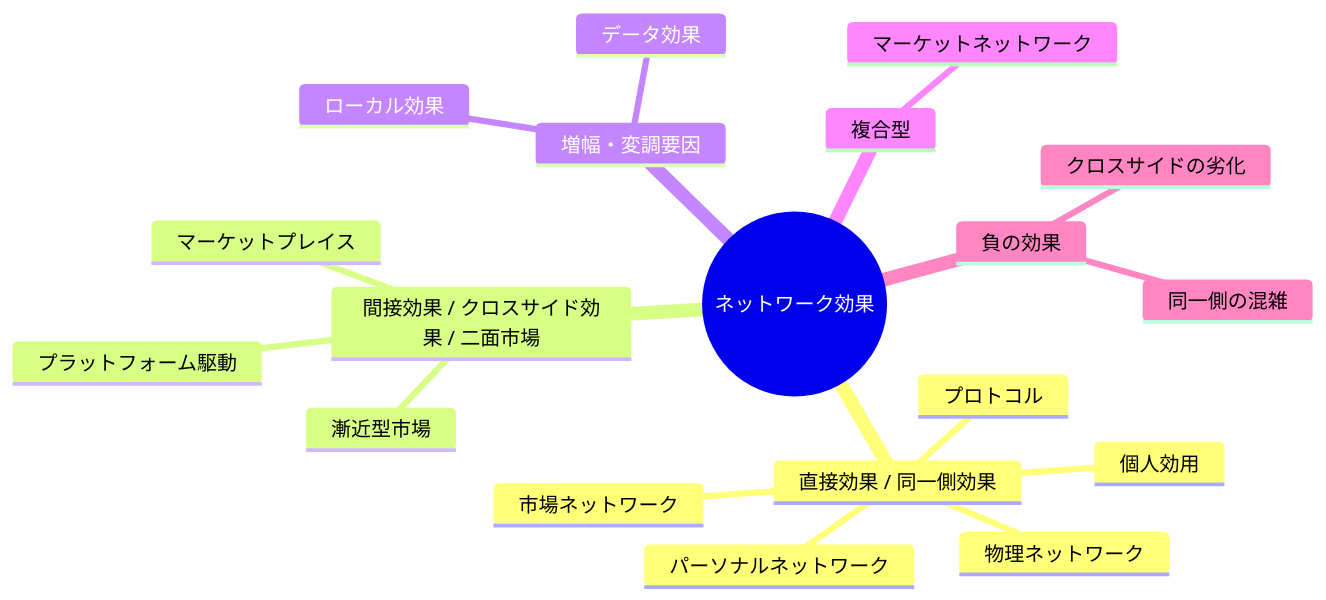
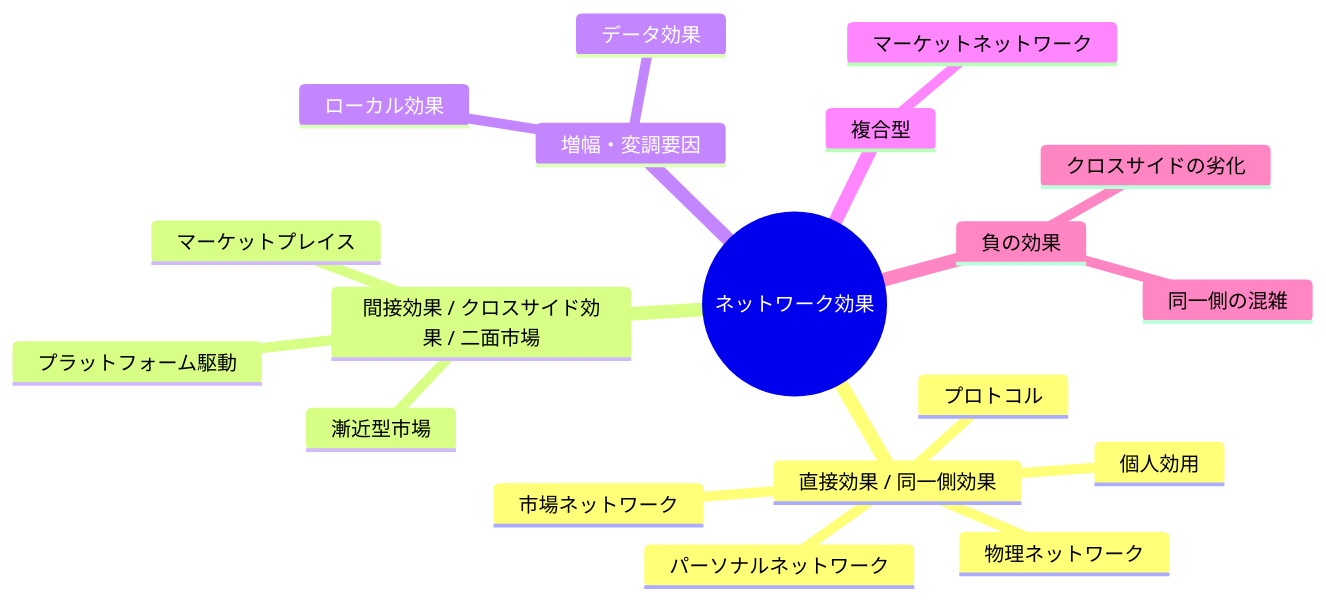
One commit to wardley-leadership-strategies-ja/wardley-leadership-strategies-ja.github.io changed the diagram in docs/strategies/accelerators/exploiting-network-effects/index.md. Above: the diagram before and after it, drawn with Mermaid. The commit also changed other lines of this file and 142 other files, not shown here.

````diff
--- a/docs/strategies/accelerators/exploiting-network-effects/index.md
+++ b/docs/strategies/accelerators/exploiting-network-effects/index.md
@@ -86,22 +86,22 @@
 ```mermaid
 mindmap
-  root((ネットワーク効果))
-    直接効果 / 同一側効果
-      物理ネットワーク
-      プロトコル
-      個人効用
-      パーソナルネットワーク
-      市場ネットワーク
-    間接効果 / クロスサイド効果 / 二面市場
-      マーケットプレイス
-      プラットフォーム駆動
-      漸近型市場
-    増幅・変調要因
-      ローカル効果
-      データ効果
-    複合型
-      マーケットネットワーク
-    負の効果
-      同一側の混雑
-      クロスサイドの劣化
+ root((ネットワーク効果))
+  直接効果 / 同一側効果
+   物理ネットワーク
+   プロトコル
+   個人効用
+   パーソナルネットワーク
+   市場ネットワーク
+  間接効果 / クロスサイド効果 / 二面市場
+   マーケットプレイス
+   プラットフォーム駆動
+   漸近型市場
+  増幅・変調要因
+   ローカル効果
+   データ効果
+  複合型
+   マーケットネットワーク
+  負の効果
+   同一側の混雑
+   クロスサイドの劣化
 ```
````
